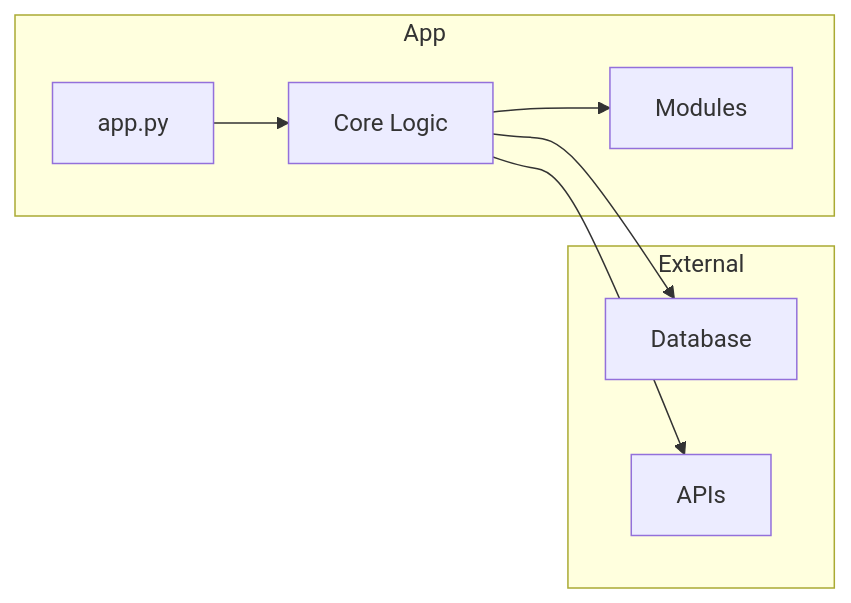
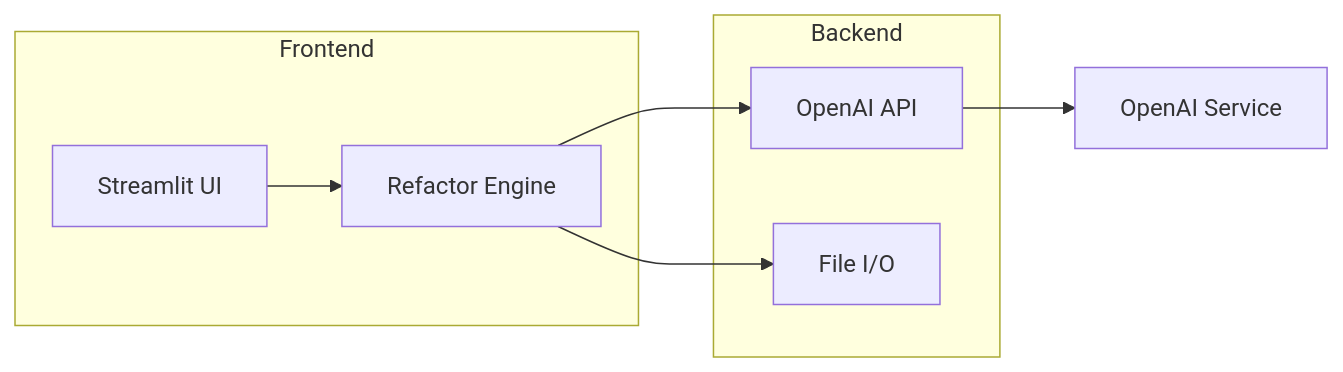
Before and after one commit to sergiocd89/AgenteSFTP: the diagram in README.md, drawn with Mermaid. The commit also changed other lines of this file and 1 other file, not shown here.

````diff
--- a/README.md
+++ b/README.md
@@ -11,13 +11,11 @@
 ```mermaid
 flowchart LR
-    subgraph App
-        A[app.py] --> B[Core Logic]
-        B --> C[Modules]
+    subgraph Frontend
+        A[Streamlit UI] --> B[Refactor Engine]
     end
-    subgraph External
-        D[Database]
-        E[APIs]
+    subgraph Backend
+        B --> C[OpenAI API]
+        B --> D[File I/O]
     end
-    B --> D
-    B --> E
+    C --> E[OpenAI Service]
 ```
````
